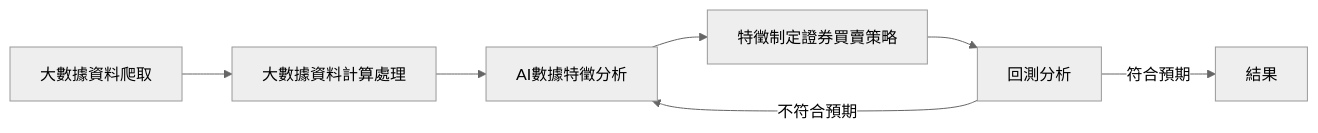
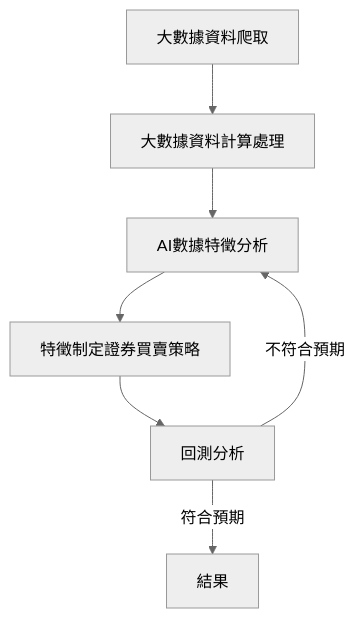
The diagram in README.md (jamie-commander/Python_MediaPipe_Tk), drawn with Mermaid (neutral theme) before and after one commit.

````diff
--- a/README.md
+++ b/README.md
@@ -4,9 +4,9 @@
 ```mermaid
-        graph LR
+        graph TD
         Big_Data_Catch[大數據資料爬取] --> Calc[大數據資料計算處理]
         Calc --> Analysis[AI數據特徵分析]
         Analysis --> feature[特徵制定證券買賣策略]
         feature --> backtrader[回測分析]
         backtrader -- 符合預期 --> result[結果]
         backtrader -- 不符合預期 --> Analysis
 ```
````
